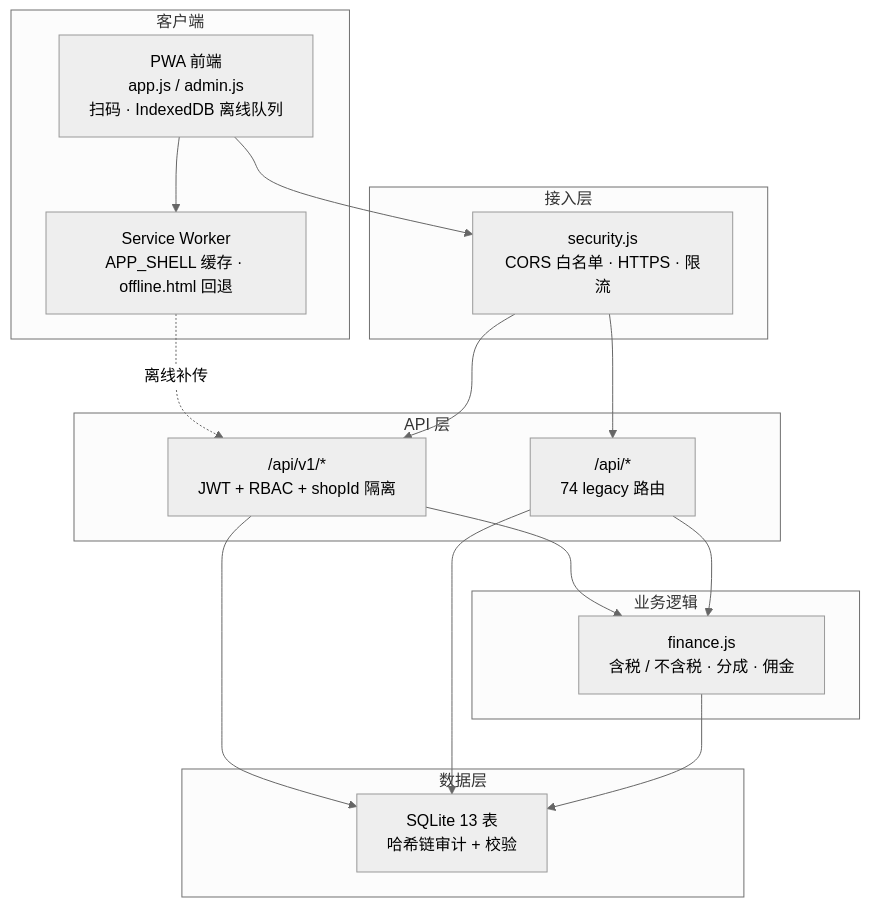
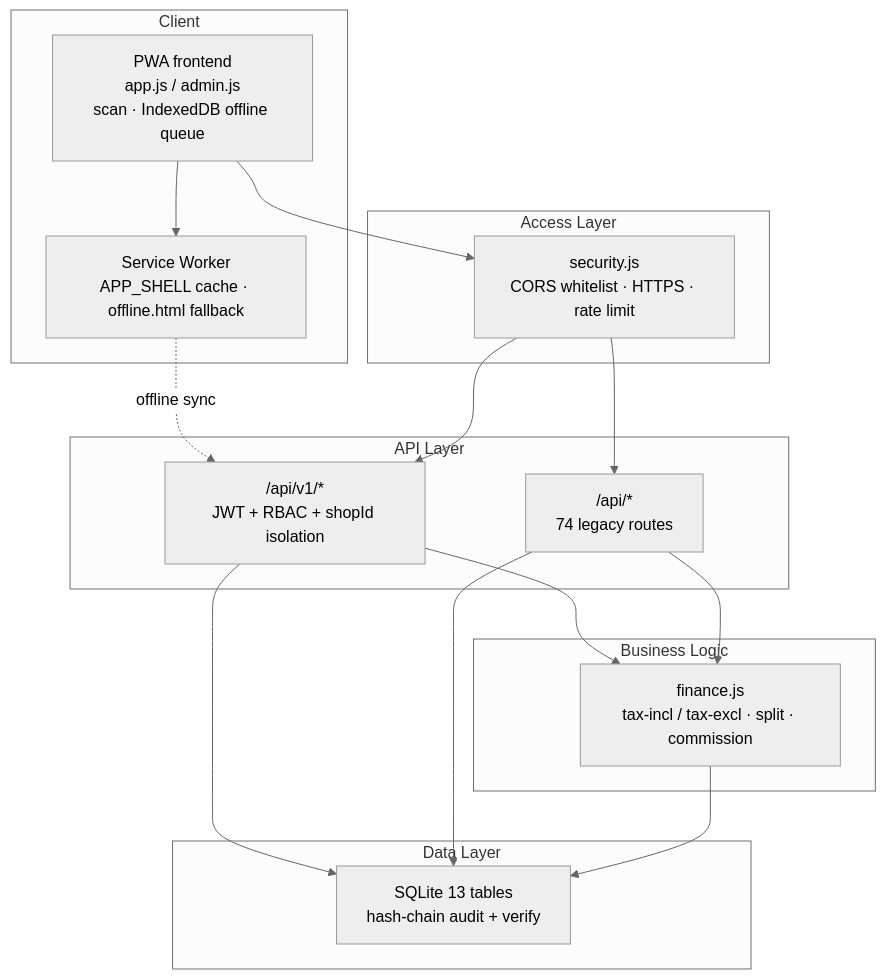
Before and after one commit to olise366oi/stockverify: the diagram in README.md, drawn with Mermaid (neutral theme). The commit also changed other lines of this file and 1 other file, not shown here.

````diff
--- a/README.md
+++ b/README.md
@@ -81,35 +68,35 @@
 ```mermaid
 flowchart TD
-    subgraph Client["客户端"]
-        PWA["PWA 前端<br/>app.js / admin.js<br/>扫码 · IndexedDB 离线队列"]
-        SW["Service Worker<br/>APP_SHELL 缓存 · offline.html 回退"]
+    subgraph Client["Client"]
+        PWA["PWA frontend<br/>app.js / admin.js<br/>scan · IndexedDB offline queue"]
+        SW["Service Worker<br/>APP_SHELL cache · offline.html fallback"]
     end
 
-    subgraph Access["接入层"]
-        Sec["security.js<br/>CORS 白名单 · HTTPS · 限流"]
+    subgraph Access["Access Layer"]
+        Sec["security.js<br/>CORS whitelist · HTTPS · rate limit"]
     end
 
-    subgraph API["API 层"]
-        V1["/api/v1/*<br/>JWT + RBAC + shopId 隔离"]
-        Legacy["/api/*<br/>74 legacy 路由"]
+    subgraph API["API Layer"]
+        V1["/api/v1/*<br/>JWT + RBAC + shopId isolation"]
+        Legacy["/api/*<br/>74 legacy routes"]
     end
 
-    subgraph Logic["业务逻辑"]
-        Fin["finance.js<br/>含税 / 不含税 · 分成 · 佣金"]
+    subgraph Logic["Business Logic"]
+        Fin["finance.js<br/>tax-incl / tax-excl · split · commission"]
     end
 
-    subgraph Data["数据层"]
-        DB["SQLite 13 表<br/>哈希链审计 + 校验"]
+    subgraph Data["Data Layer"]
+        DB["SQLite 13 tables<br/>hash-chain audit + verify"]
     end
 
     PWA --> SW
     PWA --> Sec
-    SW -.离线补传.-> V1
+    SW -.offline sync.-> V1
     Sec --> V1
     Sec --> Legacy
     V1 --> Fin
     Legacy --> Fin
     V1 --> DB
     Legacy --> DB
     Fin --> DB
 ```
````
